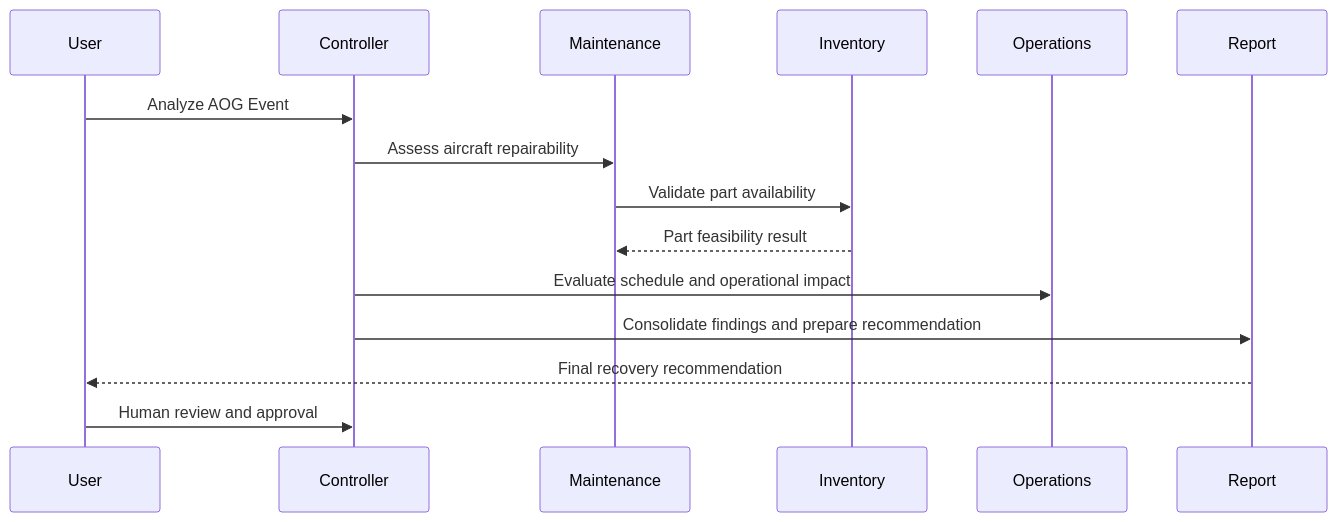
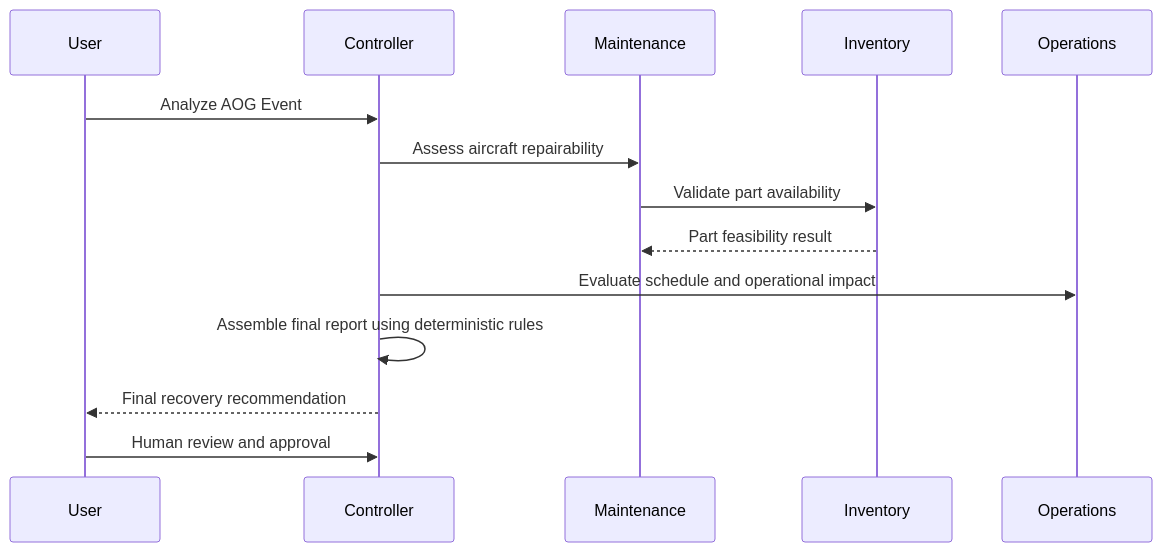
The sixth of 6 diagrams in propsal.md (jguttikonda/fde_us03_cap), drawn with Mermaid before and after one commit. The commit also changed other lines of this file and 5 other files, not shown here.

Commit message:
Preet tasks T02, T04, T10, T15: remove Report Creation Agent, Controller owns deterministic reporting

````diff
--- a/propsal.md
+++ b/propsal.md
@@ -432,11 +374,11 @@
 ```mermaid
 sequenceDiagram
 User->>Controller: Analyze AOG Event
 Controller->>Maintenance: Assess aircraft repairability
 Maintenance->>Inventory: Validate part availability
 Inventory-->>Maintenance: Part feasibility result
 Controller->>Operations: Evaluate schedule and operational impact
-Controller->>Report: Consolidate findings and prepare recommendation
-Report-->>User: Final recovery recommendation
+Controller->>Controller: Assemble final report using deterministic rules
+Controller-->>User: Final recovery recommendation
 User->>Controller: Human review and approval
 ```
````
